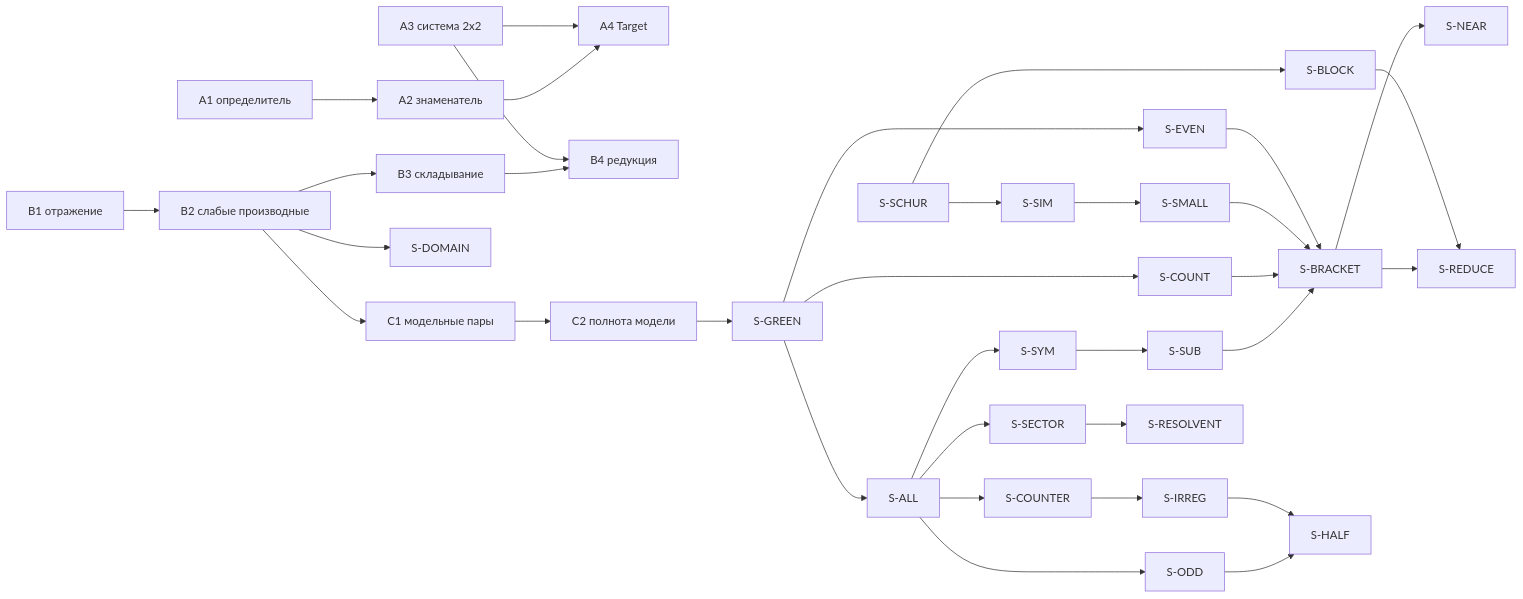
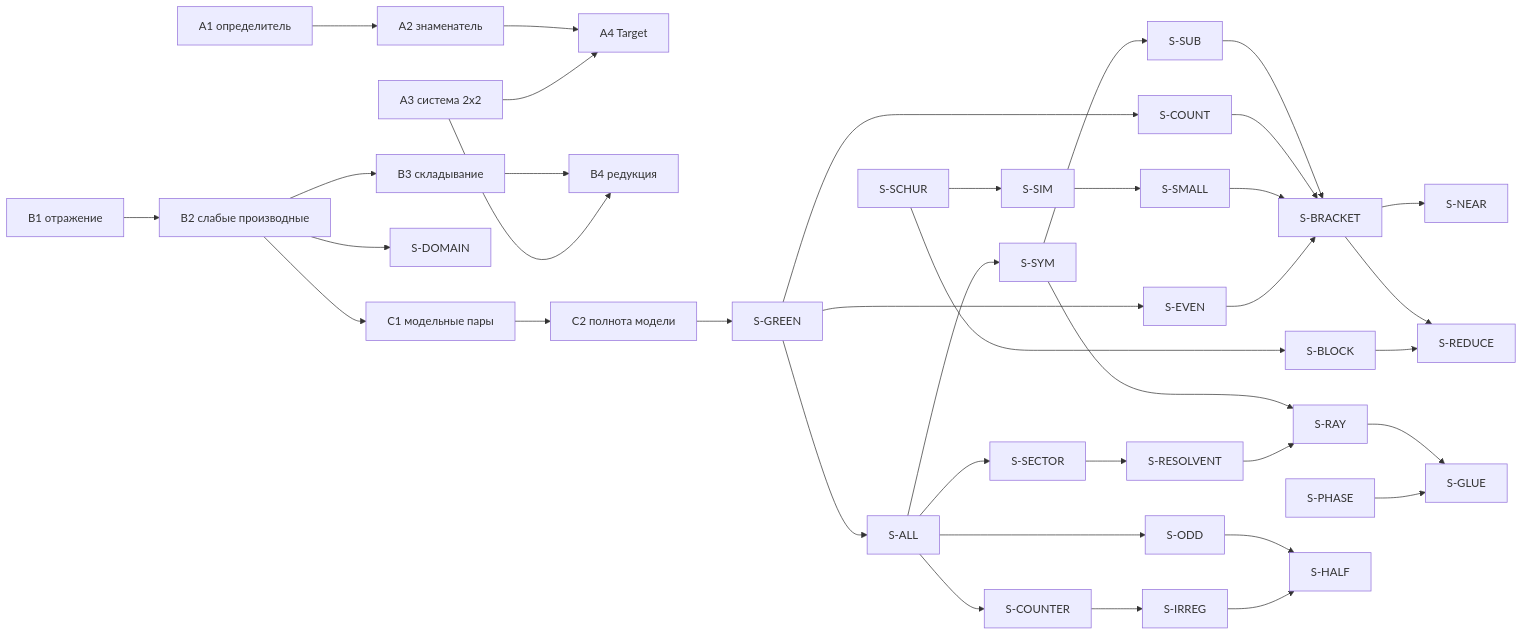
Before and after one commit to LeoLourson/Learning-Lean: the diagram in blueprint.md, drawn with Mermaid. The commit also changed other lines of this file and 14 other files, not shown here.

````diff
--- a/blueprint.md
+++ b/blueprint.md
@@ -59,36 +63,40 @@
 ```mermaid
 graph LR
   A1[A1 определитель] --> A2[A2 знаменатель]
   A2 --> A4[A4 Target]
   A3[A3 система 2x2] --> A4
   B1[B1 отражение] --> B2[B2 слабые производные]
   B2 --> B3[B3 складывание]
   B3 --> B4[B4 редукция]
   A3 --> B4
   B2 --> SDOM[S-DOMAIN]
   B2 --> C1[C1 модельные пары]
   C1 --> C2[C2 полнота модели]
   C2 --> SG[S-GREEN]
   SG --> SALL[S-ALL]
   SG --> SEVEN[S-EVEN]
   SALL --> SSYM[S-SYM]
   SSYM --> SSUB[S-SUB]
   SCH[S-SCHUR] --> SSIM[S-SIM]
   SSIM --> SSMALL[S-SMALL]
   SG --> SCOUNT[S-COUNT]
   SSUB --> SBR[S-BRACKET]
   SCOUNT --> SBR
   SSMALL --> SBR
   SEVEN --> SBR
   SBR --> SNEAR[S-NEAR]
   SCH --> SBLOCK[S-BLOCK]
   SBR --> SRED[S-REDUCE]
   SBLOCK --> SRED
   SALL --> SODD[S-ODD]
   SALL --> SSEC[S-SECTOR]
   SSEC --> SRES[S-RESOLVENT]
+  SSYM --> SRAY[S-RAY]
+  SRES --> SRAY
+  SRAY --> SGLUE[S-GLUE]
+  SPH[S-PHASE] --> SGLUE
   SODD --> SHALF[S-HALF]
   SIRR --> SHALF
   SALL --> SCNT[S-COUNTER]
   SCNT --> SIRR[S-IRREG]
 ```
````
